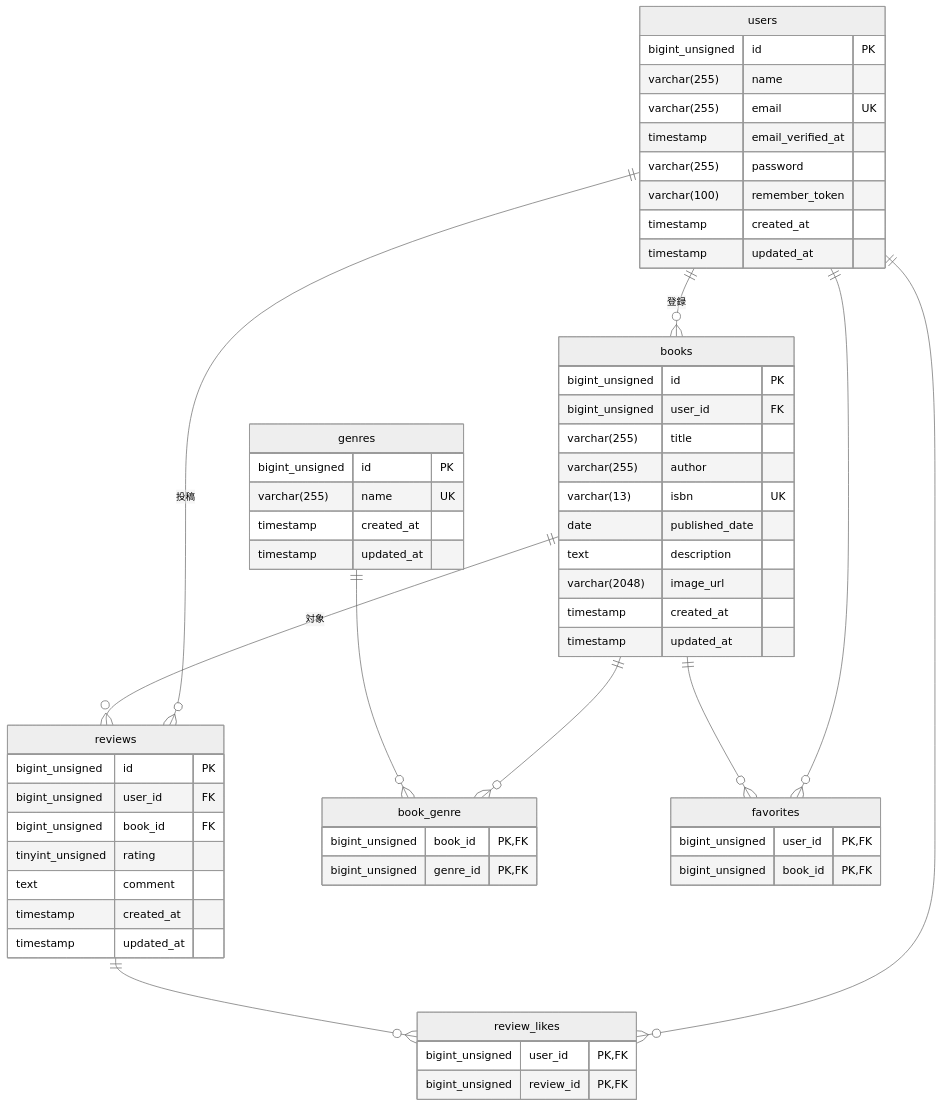
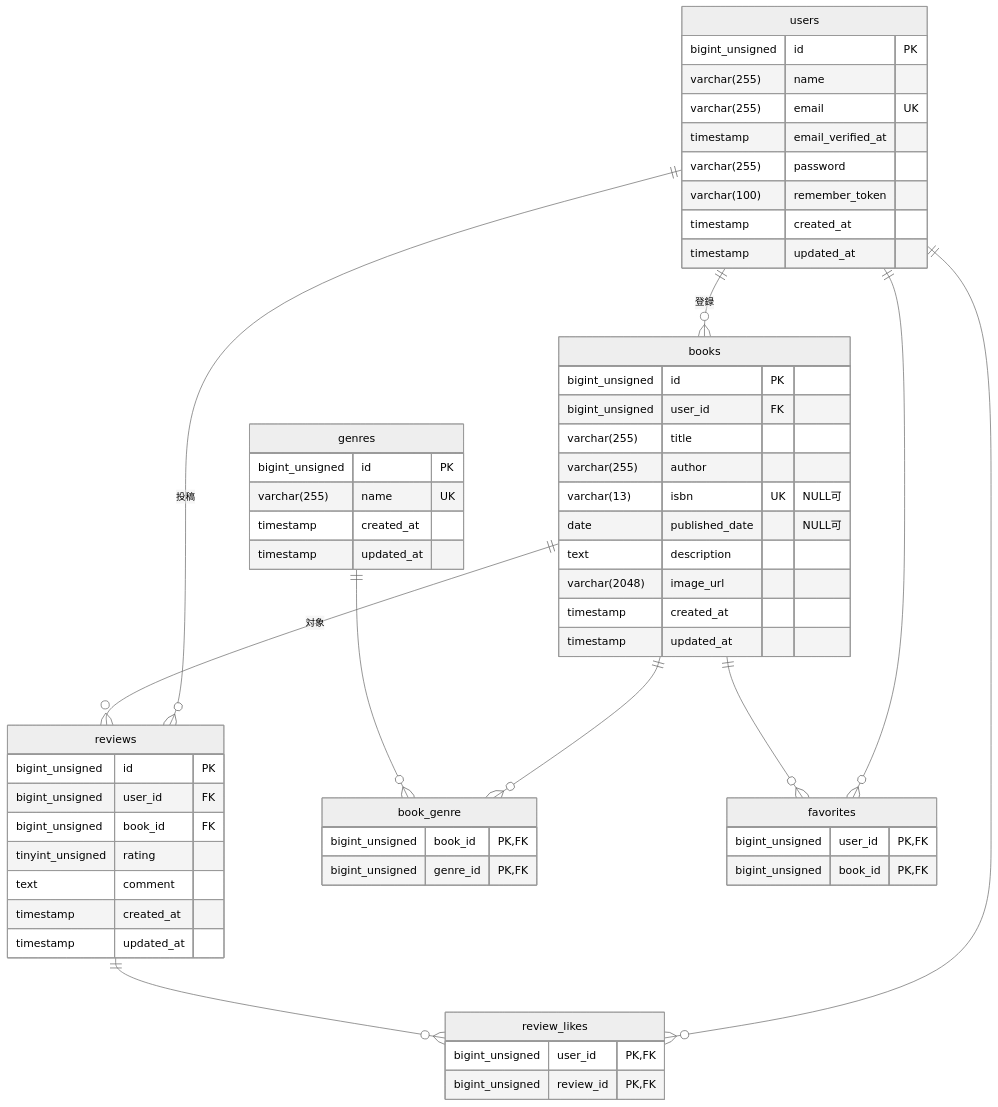
One commit to Saito-N01/bookshelf-app changed the diagram in README.md. Above: the diagram before and after it, drawn with Mermaid (neutral theme). The commit also changed other lines of this file and 21 other files, not shown here.

````diff
--- a/README.md
+++ b/README.md
@@ -49,61 +50,61 @@
 ```mermaid
 erDiagram
     users ||--o{ books : "登録"
     users ||--o{ reviews : "投稿"
     books ||--o{ reviews : "対象"
     books ||--o{ book_genre : ""
     genres ||--o{ book_genre : ""
     users ||--o{ favorites : ""
     books ||--o{ favorites : ""
     users ||--o{ review_likes : ""
     reviews ||--o{ review_likes : ""
     users {
         bigint_unsigned id PK
         varchar(255) name
         varchar(255) email UK
         timestamp email_verified_at
         varchar(255) password
         varchar(100) remember_token
         timestamp created_at
         timestamp updated_at
     }
     genres {
         bigint_unsigned id PK
         varchar(255) name UK
         timestamp created_at
         timestamp updated_at
     }
     books {
         bigint_unsigned id PK
         bigint_unsigned user_id FK
         varchar(255) title
         varchar(255) author
-        varchar(13) isbn UK
-        date published_date
+        varchar(13) isbn UK "NULL可"
+        date published_date "NULL可"
         text description
         varchar(2048) image_url
         timestamp created_at
         timestamp updated_at
     }
     book_genre {
         bigint_unsigned book_id PK,FK
         bigint_unsigned genre_id PK,FK
     }
     reviews {
         bigint_unsigned id PK
         bigint_unsigned user_id FK
         bigint_unsigned book_id FK
         tinyint_unsigned rating
         text comment
         timestamp created_at
         timestamp updated_at
     }
     favorites {
         bigint_unsigned user_id PK,FK
         bigint_unsigned book_id PK,FK
     }
     review_likes {
         bigint_unsigned user_id PK,FK
         bigint_unsigned review_id PK,FK
     }
 ```
````
